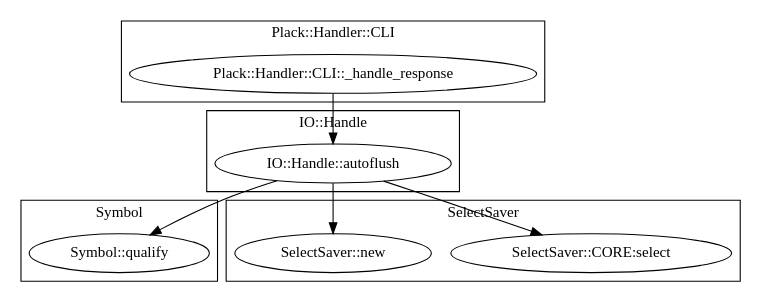
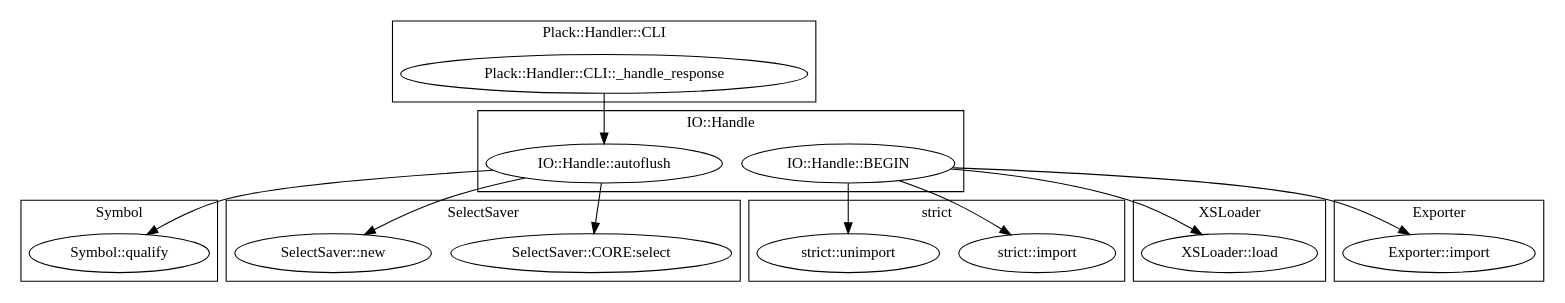
One commit to gfx/gfx.github.io changed the diagram in nytprof/home-isucon-isucon-webapp-perl-extlib-lib-perl5-x86_64-linux-thread-multi-IO-Handle-pm.dot. Above: the diagram before and after it, drawn with Graphviz. The commit also changed 504 other files, not shown here.

```diff
--- a/nytprof/home-isucon-isucon-webapp-perl-extlib-lib-perl5-x86_64-linux-thread-multi-IO-Handle-pm.dot
+++ b/nytprof/home-isucon-isucon-webapp-perl-extlib-lib-perl5-x86_64-linux-thread-multi-IO-Handle-pm.dot
@@ -1,24 +1,42 @@
 digraph {
 graph [overlap=false]
 subgraph cluster_Symbol {
 	label="Symbol";
 	"Symbol::qualify";
 }
+subgraph cluster_strict {
+	label="strict";
+	"strict::import";
+	"strict::unimport";
+}
+subgraph cluster_XSLoader {
+	label="XSLoader";
+	"XSLoader::load";
+}
 subgraph cluster_IO_Handle {
 	label="IO::Handle";
 	"IO::Handle::autoflush";
+	"IO::Handle::BEGIN";
+}
+subgraph cluster_Exporter {
+	label="Exporter";
+	"Exporter::import";
 }
 subgraph cluster_SelectSaver {
 	label="SelectSaver";
 	"SelectSaver::CORE:select";
 	"SelectSaver::new";
 }
 subgraph cluster_Plack_Handler_CLI {
 	label="Plack::Handler::CLI";
 	"Plack::Handler::CLI::_handle_response";
 }
+"IO::Handle::BEGIN" -> "Exporter::import";
+"IO::Handle::BEGIN" -> "strict::unimport";
 "Plack::Handler::CLI::_handle_response" -> "IO::Handle::autoflush";
 "IO::Handle::autoflush" -> "Symbol::qualify";
+"IO::Handle::BEGIN" -> "XSLoader::load";
 "IO::Handle::autoflush" -> "SelectSaver::CORE:select";
+"IO::Handle::BEGIN" -> "strict::import";
 "IO::Handle::autoflush" -> "SelectSaver::new";
 }
```
